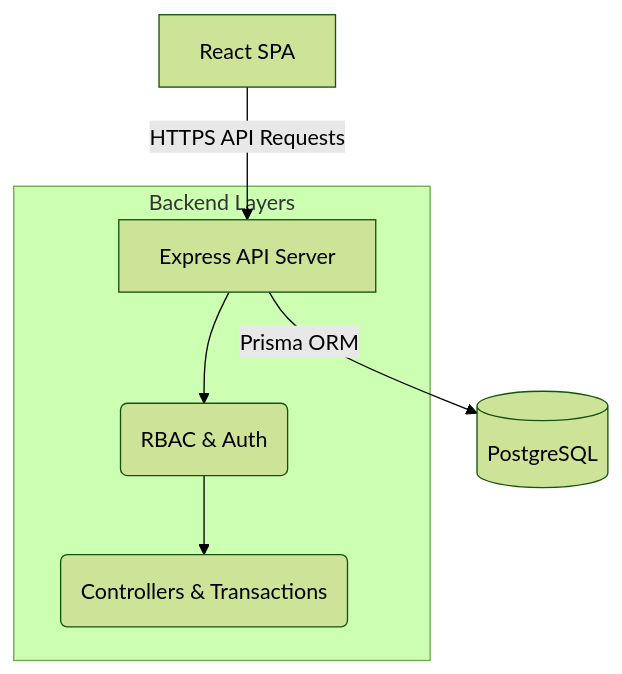
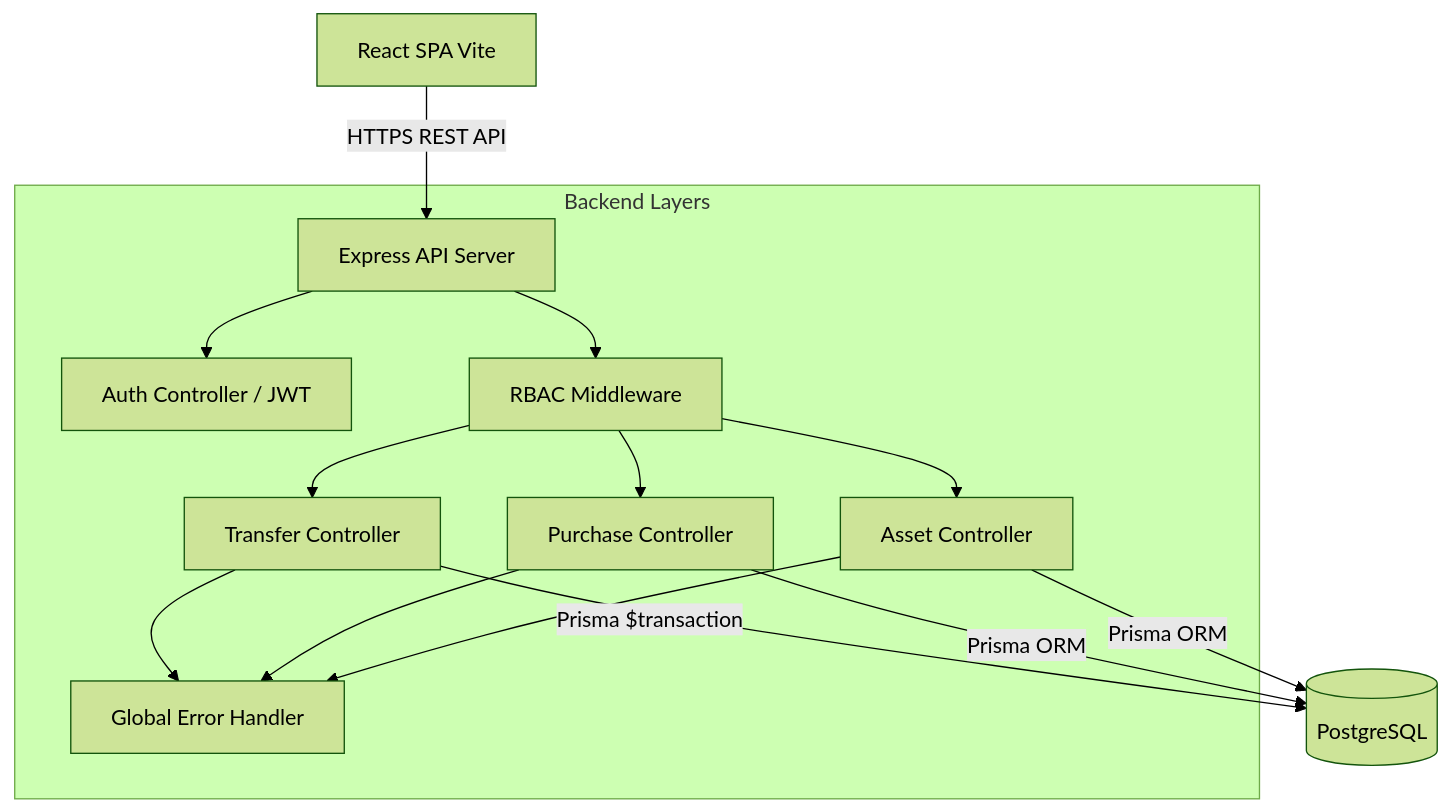
Before and after one commit to icemberg/Military-Asset-Management-System: the first of 4 diagrams in README.md, drawn with Mermaid (forest theme). The commit also changed other lines of this file, not shown here.

Commit message:
update README with architectural diagrams, concurrency flow details, and feature documentation

````diff
--- a/README.md
+++ b/README.md
@@ -20,10 +25,20 @@
 ```mermaid
 graph TD;
-    Client[React SPA] -->|HTTPS API Requests| API[Express API Server]
-    API -->|Prisma ORM| DB[(PostgreSQL)]
+    Client[React SPA Vite] -->|HTTPS REST API| API[Express API Server]
     
     subgraph Backend Layers
-    API --> Middleware(RBAC & Auth)
-    Middleware --> Controllers(Controllers & Transactions)
+      API --> Auth[Auth Controller / JWT]
+      API --> RBAC[RBAC Middleware]
+      RBAC --> TransferCtrl[Transfer Controller]
+      RBAC --> PurchaseCtrl[Purchase Controller]
+      RBAC --> AssetCtrl[Asset Controller]
+      
+      TransferCtrl --> ErrorHandler[Global Error Handler]
+      PurchaseCtrl --> ErrorHandler
+      AssetCtrl --> ErrorHandler
     end
+    
+    TransferCtrl -->|Prisma $transaction| DB[(PostgreSQL)]
+    PurchaseCtrl -->|Prisma ORM| DB
+    AssetCtrl -->|Prisma ORM| DB
 ```
````
